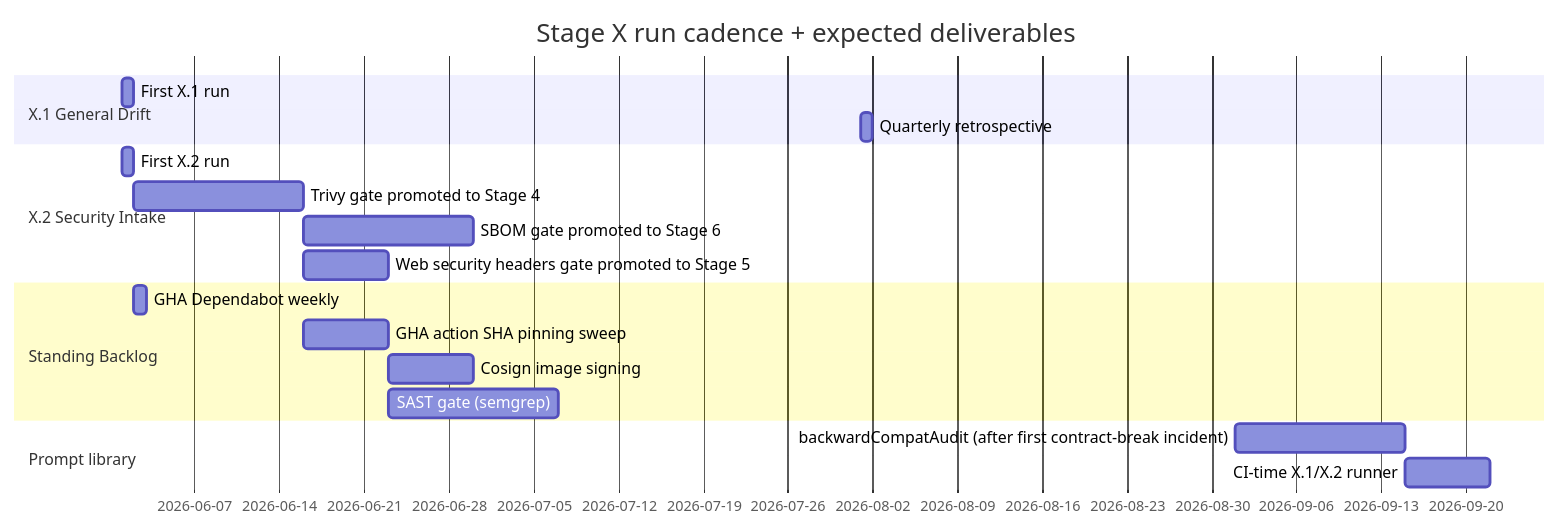
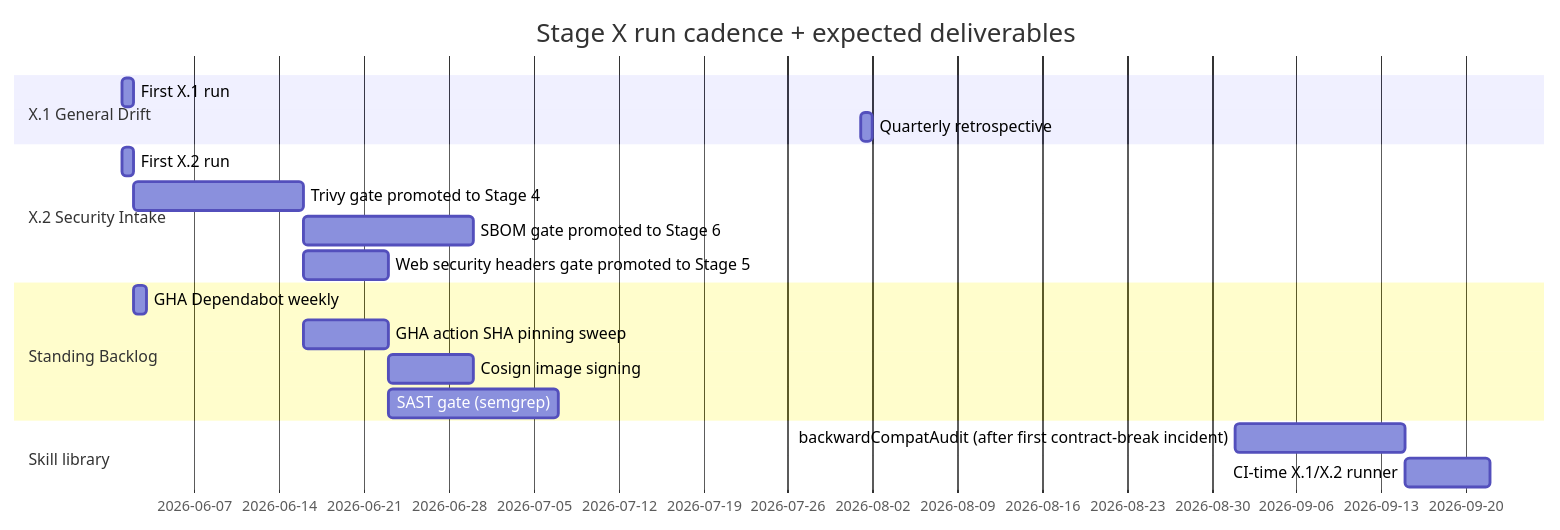
The fifth of 5 diagrams in docs/MANDATORY_QUALITY_GATES_STRATEGY.md (pranems/SCIMServer), drawn with Mermaid before and after one commit. The commit also changed other lines of this file and 103 other files, not shown here.

````diff
--- a/docs/MANDATORY_QUALITY_GATES_STRATEGY.md
+++ b/docs/MANDATORY_QUALITY_GATES_STRATEGY.md
@@ -418,21 +422,21 @@
 ```mermaid
 gantt
     title Stage X run cadence + expected deliverables
     dateFormat YYYY-MM-DD
     section X.1 General Drift
     First X.1 run :m1_1, 2026-06-01, 1d
     Quarterly retrospective :m1_2, 2026-08-01, 1d
     section X.2 Security Intake
     First X.2 run :m2_1, 2026-06-01, 1d
     Trivy gate promoted to Stage 4 :m2_2, after m2_1, 14d
     SBOM gate promoted to Stage 6 :m2_3, after m2_2, 14d
     Web security headers gate promoted to Stage 5 :m2_4, after m2_2, 7d
     section Standing Backlog
     GHA Dependabot weekly :sb_1, after m2_1, 1d
     GHA action SHA pinning sweep :sb_2, after m2_2, 7d
     Cosign image signing :sb_3, after m2_4, 7d
     SAST gate (semgrep) :sb_4, after m2_4, 14d
-    section Prompt library
-    backwardCompatAudit (after first contract-break incident) :prompt_1, 2026-09-01, 14d
-    CI-time X.1/X.2 runner :prompt_2, 2026-09-15, 7d
+    section Skill library
+    backwardCompatAudit (after first contract-break incident) :skill_1, 2026-09-01, 14d
+    CI-time X.1/X.2 runner :skill_2, 2026-09-15, 7d
 ```
````
